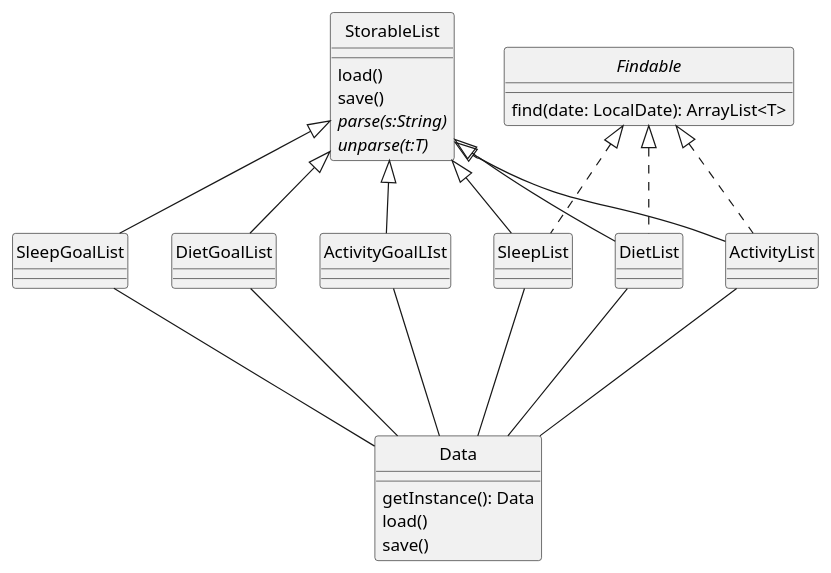
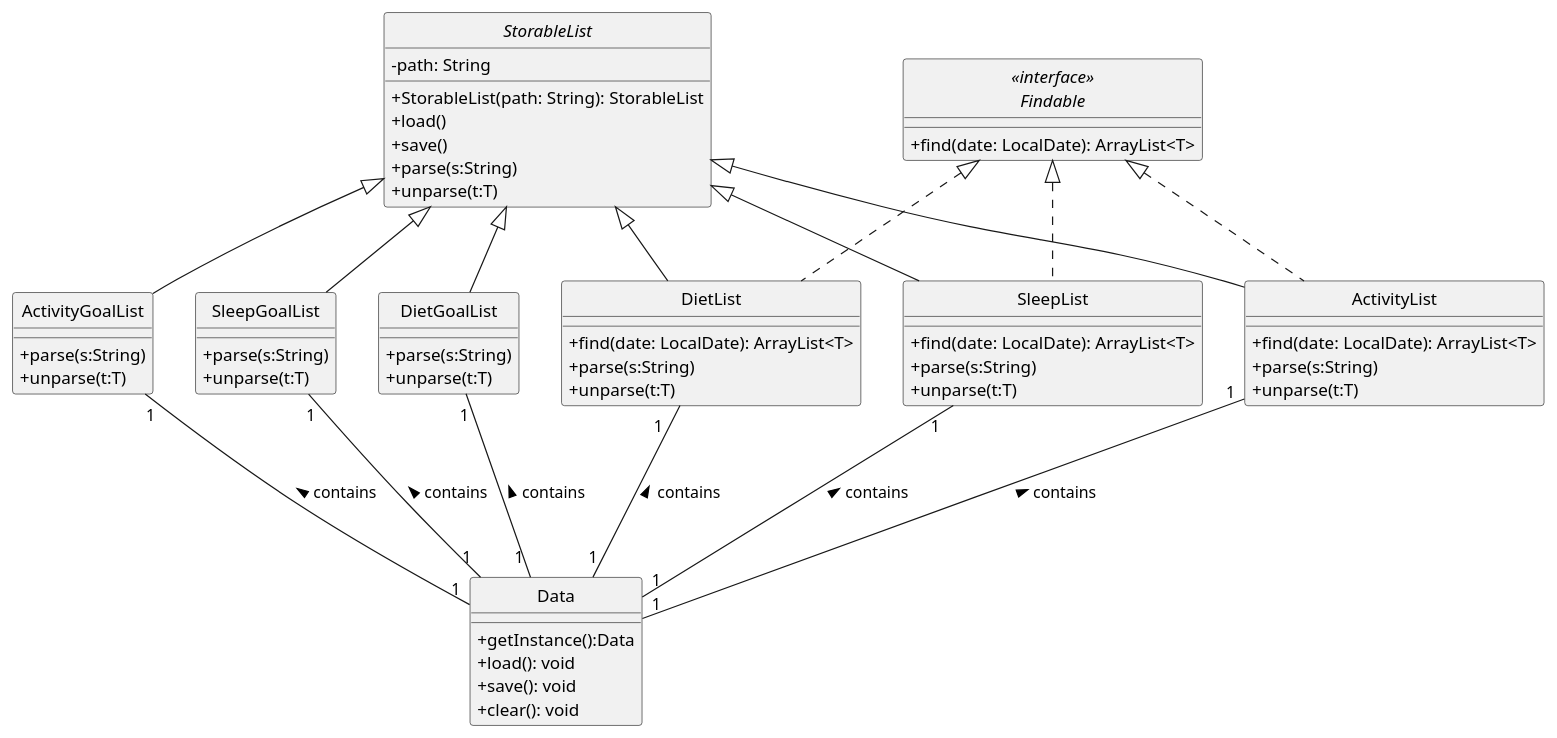
Before and after one commit to AY2324S1-CS2113-T17-1/tp: the diagram in docs/puml/General/DataClassDiagram.puml, drawn with PlantUML. The commit also changed 1 other file, not shown here.

Commit message:
Edit data class diagram

```diff
--- a/docs/puml/General/DataClassDiagram.puml
+++ b/docs/puml/General/DataClassDiagram.puml
@@ -1,54 +1,77 @@
 @startuml
 'https://plantuml.com/class-diagram
 skinparam classAttributeIconSize 0
 hide circle
 
-
-class StorableList{
-    load()
-    save()
-    {abstract} parse(s:String)
-    {abstract} unparse(t:T)
+abstract class "StorableList"{
+    - path: String
+    + StorableList(path: String): StorableList
+    + load()
+    + save()
+    +  parse(s:String)
+    +  unparse(t:T)
 
 }
 
-class ActivityList{}
-class ActivityGoalLIst{}
-class DietList{}
-class DietGoalList{}
-class SleepList{}
-class SleepGoalList{
-
-}
-interface Findable{
-    find(date: LocalDate): ArrayList<T>
+interface "<<interface>>\nFindable" {
+    + find(date: LocalDate): ArrayList<T>
 }
 class Data{
-    getInstance(): Data
-    load()
-    save()
+    + getInstance():Data
+    + load(): void
+    + save(): void
+    + clear(): void
+}
+class ActivityList{
+    + find(date: LocalDate): ArrayList<T>
+    + parse(s:String)
+    + unparse(t:T)
+}
+class DietList{
++ find(date: LocalDate): ArrayList<T>
+    + parse(s:String)
+    + unparse(t:T)
+}
+class SleepList{
++ find(date: LocalDate): ArrayList<T>
+    + parse(s:String)
+    + unparse(t:T)
 }
 
-Findable <|.. ActivityList
-Findable <|.. DietList
-Findable <|.. SleepList
+class ActivityGoalList{
+    + parse(s:String)
+    + unparse(t:T)
+}
+class DietGoalList{
+    + parse(s:String)
+    + unparse(t:T)
+}
+class SleepGoalList{
+    + parse(s:String)
+    + unparse(t:T)
+}
 
-StorableList <|-- ActivityList
-StorableList <|-- DietList
-StorableList <|-- SleepList
-StorableList <|-- ActivityGoalLIst
-StorableList <|-- DietGoalList
-StorableList <|-- SleepGoalList
 
-Data --u- ActivityList
-Data --u- DietList
-Data --u- SleepList
-Data --u- ActivityGoalLIst
-Data --u- DietGoalList
-Data --u- SleepGoalList
+"<<interface>>\nFindable" <|.. ActivityList
+"<<interface>>\nFindable" <|.. DietList
+"<<interface>>\nFindable" <|.. SleepList
+
+"StorableList" <|-- ActivityList
+"StorableList" <|-- DietList
+"StorableList" <|-- SleepList
+"StorableList" <|-- ActivityGoalList
+"StorableList" <|-- DietGoalList
+"StorableList" <|-- SleepGoalList
+
+Data "1" --u- "1" ActivityList : contains >
+Data "1" --u- "1   " DietList : contains >
+Data "1" --u- "1" SleepList : contains >
+Data "1" --u- "1" ActivityGoalList : contains >
+Data "1 " --u- "1" DietGoalList : contains >
+Data "1" --u- "1" SleepGoalList : contains >
 
 
 
 
 
 @enduml
```
